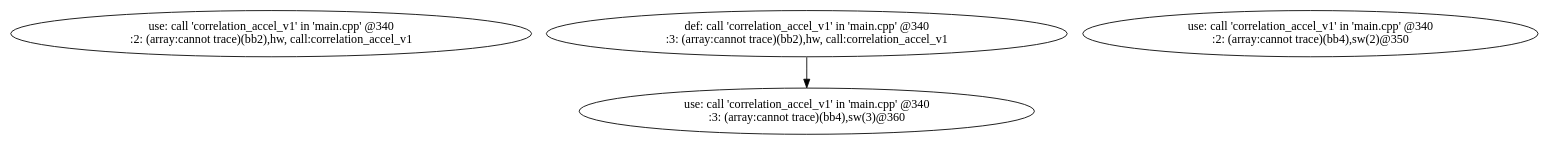
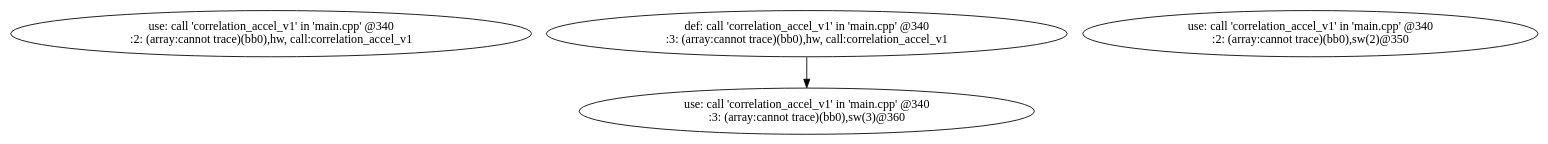
Before and after one commit to nguyencanhtrung/SDSoC: the diagram in workspace/correlation_ver1/correlation_ver1_linux/SDRelease/_sds/.llvm/_px_defuse_main.dot, drawn with Graphviz. The commit also changed 252 other files, not shown here.

```diff
--- a/workspace/correlation_ver1/correlation_ver1_linux/SDRelease/_sds/.llvm/_px_defuse_main.dot
+++ b/workspace/correlation_ver1/correlation_ver1_linux/SDRelease/_sds/.llvm/_px_defuse_main.dot
@@ -1,7 +1,7 @@
 digraph defuse_graph {
-v0 [label = "use: call 'correlation_accel_v1' in 'main.cpp' @340\n:2: (array:cannot trace)(bb2),hw, call:correlation_accel_v1"];
-v1 [label = "def: call 'correlation_accel_v1' in 'main.cpp' @340\n:3: (array:cannot trace)(bb2),hw, call:correlation_accel_v1"];
-v2 [label = "use: call 'correlation_accel_v1' in 'main.cpp' @340\n:2: (array:cannot trace)(bb4),sw(2)@350"];
-v3 [label = "use: call 'correlation_accel_v1' in 'main.cpp' @340\n:3: (array:cannot trace)(bb4),sw(3)@360"];
+v0 [label = "use: call 'correlation_accel_v1' in 'main.cpp' @340\n:2: (array:cannot trace)(bb0),hw, call:correlation_accel_v1"];
+v1 [label = "def: call 'correlation_accel_v1' in 'main.cpp' @340\n:3: (array:cannot trace)(bb0),hw, call:correlation_accel_v1"];
+v2 [label = "use: call 'correlation_accel_v1' in 'main.cpp' @340\n:2: (array:cannot trace)(bb0),sw(2)@350"];
+v3 [label = "use: call 'correlation_accel_v1' in 'main.cpp' @340\n:3: (array:cannot trace)(bb0),sw(3)@360"];
 v1 -> v3;
 }
```
